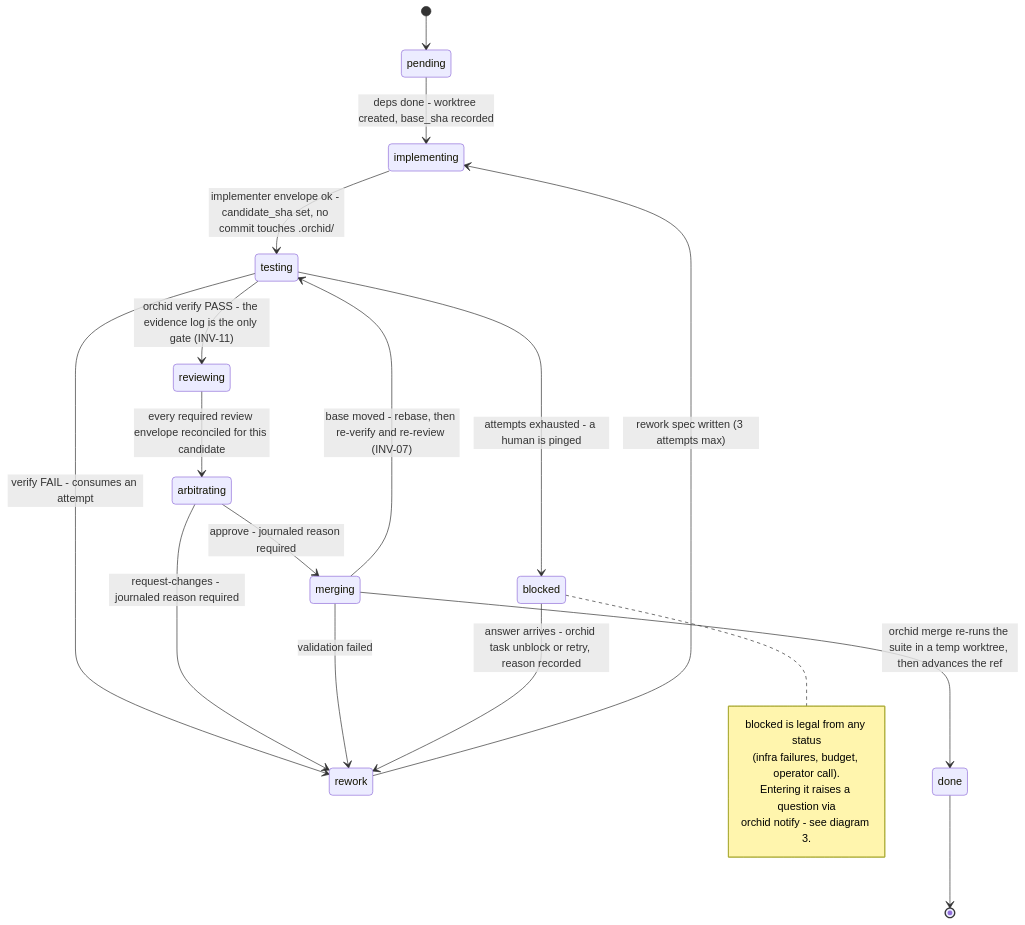
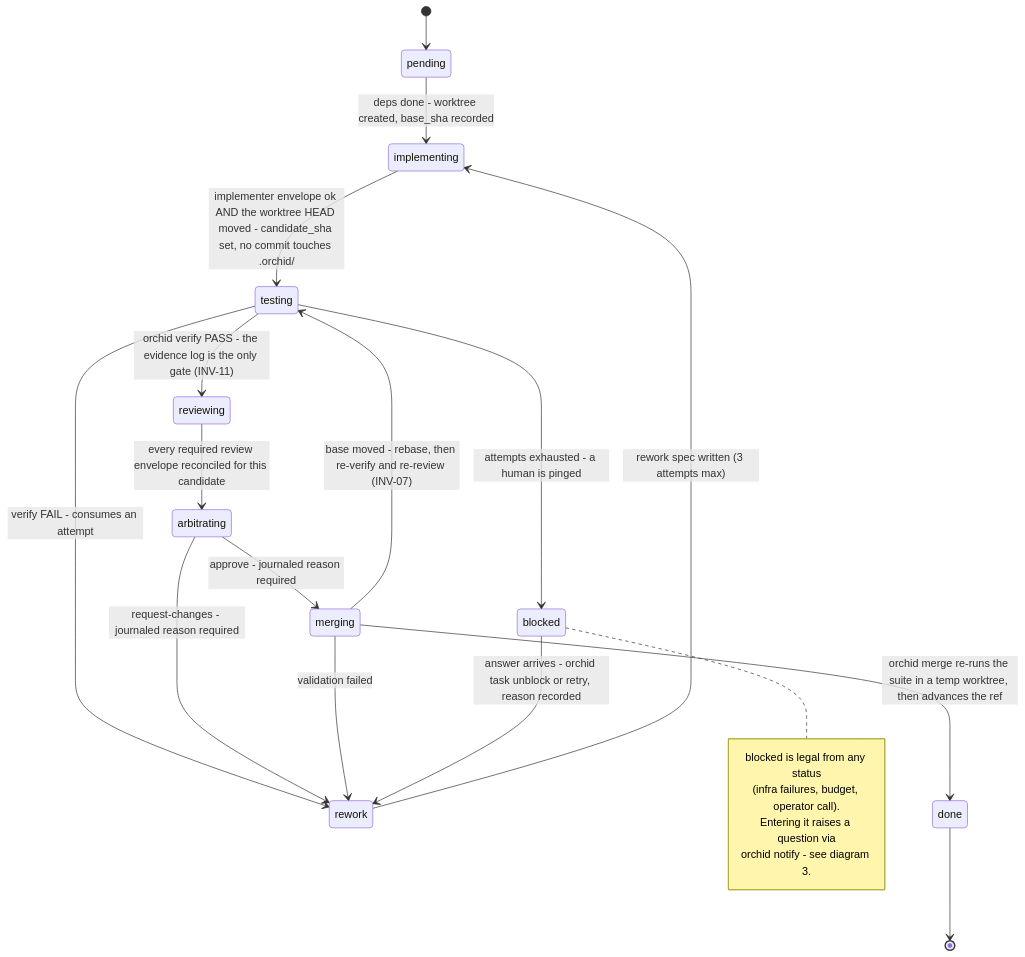
The second of 5 diagrams in docs/architecture.md (bilal-/orchid), drawn with Mermaid before and after one commit. The commit also changed 6 other files, not shown here.

````diff
--- a/docs/architecture.md
+++ b/docs/architecture.md
@@ -119,24 +119,24 @@
 ```mermaid
 stateDiagram-v2
     [*] --> pending
     pending --> implementing: deps done - worktree created, base_sha recorded
-    implementing --> testing: implementer envelope ok - candidate_sha set, no commit touches .orchid/
+    implementing --> testing: implementer envelope ok AND the worktree HEAD moved - candidate_sha set, no commit touches .orchid/
     testing --> reviewing: orchid verify PASS - the evidence log is the only gate (INV-11)
     testing --> rework: verify FAIL - consumes an attempt
     reviewing --> arbitrating: every required review envelope reconciled for this candidate
     arbitrating --> merging: approve - journaled reason required
     arbitrating --> rework: request-changes - journaled reason required
     merging --> done: orchid merge re-runs the suite in a temp worktree, then advances the ref
     merging --> rework: validation failed
     merging --> testing: base moved - rebase, then re-verify and re-review (INV-07)
     rework --> implementing: rework spec written (3 attempts max)
     testing --> blocked: attempts exhausted - a human is pinged
     blocked --> rework: answer arrives - orchid task unblock or retry, reason recorded
     done --> [*]
     note right of blocked
         blocked is legal from any status
         (infra failures, budget, operator call).
         Entering it raises a question via
         orchid notify - see diagram 3.
     end note
 ```
````
